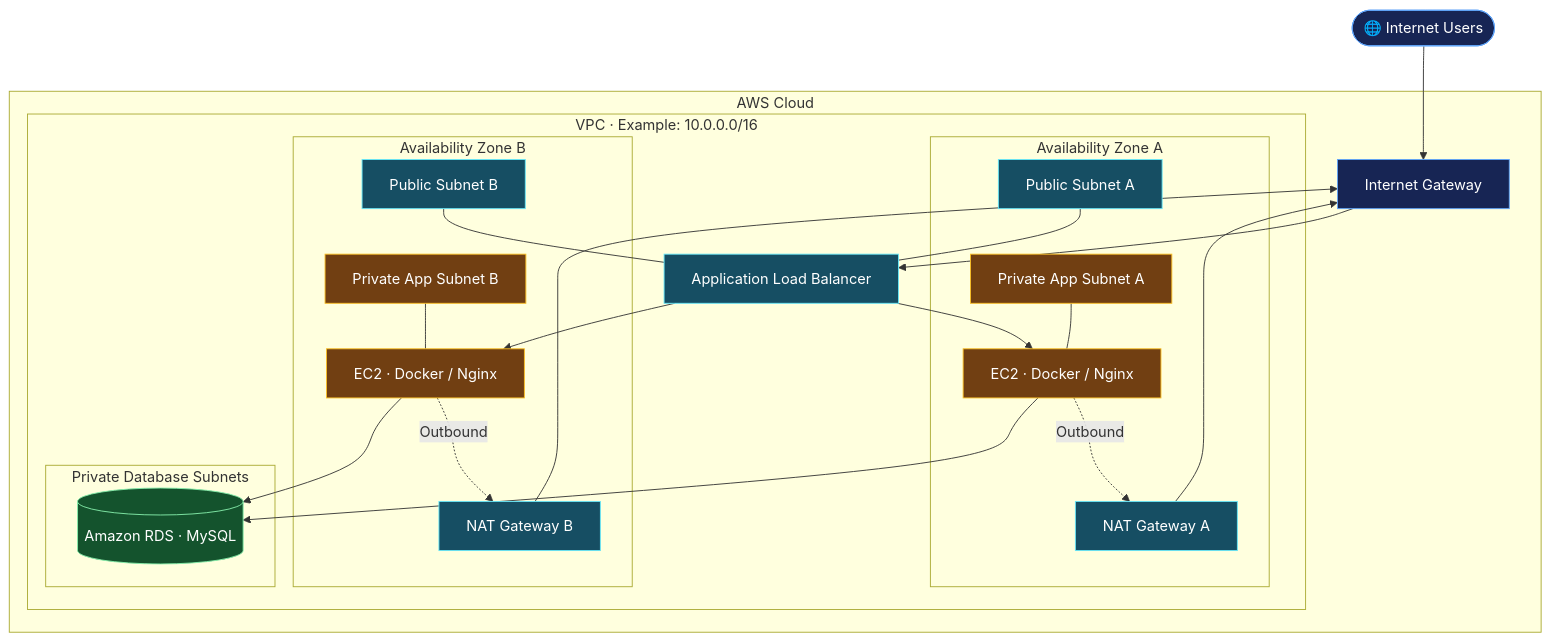
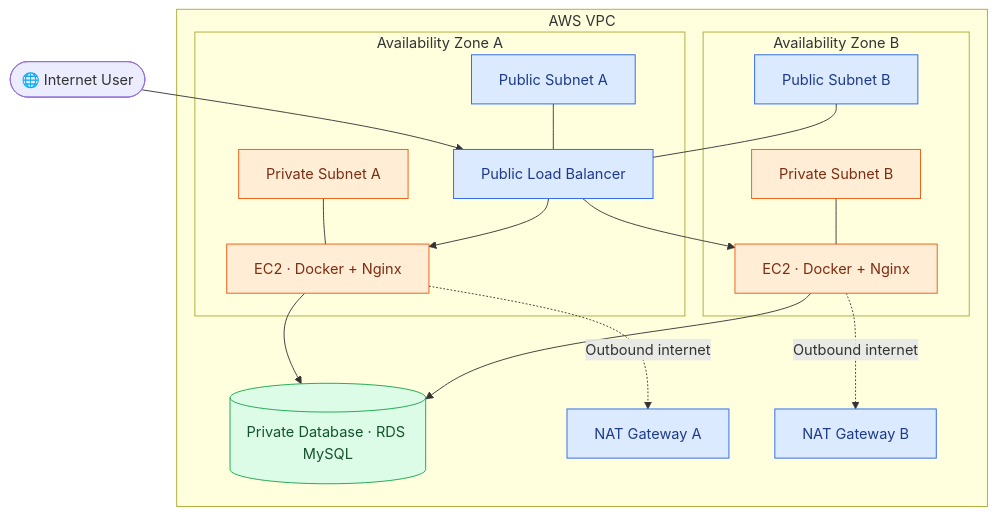
One commit to devops-portfolio-vijay/terraform-aws-2tier-architecture changed the diagram in README.md. Above: the diagram before and after it, drawn with Mermaid. The commit also changed other lines of this file, not shown here.

````diff
--- a/README.md
+++ b/README.md
@@ -7,55 +7,44 @@
 ```mermaid
-flowchart TB
-    USER(["🌐 Internet Users"])
+flowchart TD
+    U(["🌐 Internet User"])
+    ALB["Public Load Balancer"]
 
-    subgraph AWS["AWS Cloud"]
-        IGW["Internet Gateway"]
+    U --> ALB
 
-        subgraph VPC["VPC · Example: 10.0.0.0/16"]
-            ALB["Application Load Balancer"]
+    subgraph VPC["AWS VPC"]
+        subgraph AZ1["Availability Zone A"]
+            PUB1["Public Subnet A"]
+            PRIV1["Private Subnet A"]
+            EC2A["EC2 · Docker + Nginx"]
+            PUB1 --- ALB
+            PRIV1 --- EC2A
+        end
 
-            subgraph AZA["Availability Zone A"]
-                PA["Public Subnet A"]
-                NA["NAT Gateway A"]
-                PVA["Private App Subnet A"]
-                EA["EC2 · Docker / Nginx"]
-            end
+        subgraph AZ2["Availability Zone B"]
+            PUB2["Public Subnet B"]
+            PRIV2["Private Subnet B"]
+            EC2B["EC2 · Docker + Nginx"]
+            PUB2 --- ALB
+            PRIV2 --- EC2B
+        end
 
-            subgraph AZB["Availability Zone B"]
-                PB["Public Subnet B"]
-                NB["NAT Gateway B"]
-                PVB["Private App Subnet B"]
-                EB["EC2 · Docker / Nginx"]
-            end
+        DB[("Private Database · RDS MySQL")]
+        NAT1["NAT Gateway A"]
+        NAT2["NAT Gateway B"]
 
-            subgraph DBT["Private Database Subnets"]
-                DB[("Amazon RDS · MySQL")]
-            end
-
-            PA --- ALB
-            PB --- ALB
-            PVA --- EA
-            PVB --- EB
-            EA --> DB
-            EB --> DB
-            EA -. "Outbound" .-> NA
-            EB -. "Outbound" .-> NB
-        end
+        ALB --> EC2A
+        ALB --> EC2B
+        EC2A --> DB
+        EC2B --> DB
+        EC2A -. "Outbound internet" .-> NAT1
+        EC2B -. "Outbound internet" .-> NAT2
     end
 
-    USER --> IGW --> ALB
-    ALB --> EA
-    ALB --> EB
-    NA --> IGW
-    NB --> IGW
+    classDef public fill:#dbeafe,stroke:#2563eb,color:#1e3a8a
+    classDef private fill:#ffedd5,stroke:#ea580c,color:#7c2d12
+    classDef database fill:#dcfce7,stroke:#16a34a,color:#14532d
 
-    classDef internet fill:#172554,color:#fff,stroke:#60a5fa
-    classDef public fill:#164e63,color:#fff,stroke:#67e8f9
-    classDef private fill:#713f12,color:#fff,stroke:#fbbf24
-    classDef database fill:#14532d,color:#fff,stroke:#86efac
-
-    class USER,IGW internet
-    class ALB,PA,PB,NA,NB public
-    class PVA,PVB,EA,EB private
+    class ALB,PUB1,PUB2,NAT1,NAT2 public
+    class PRIV1,PRIV2,EC2A,EC2B private
     class DB database
 ```
````
